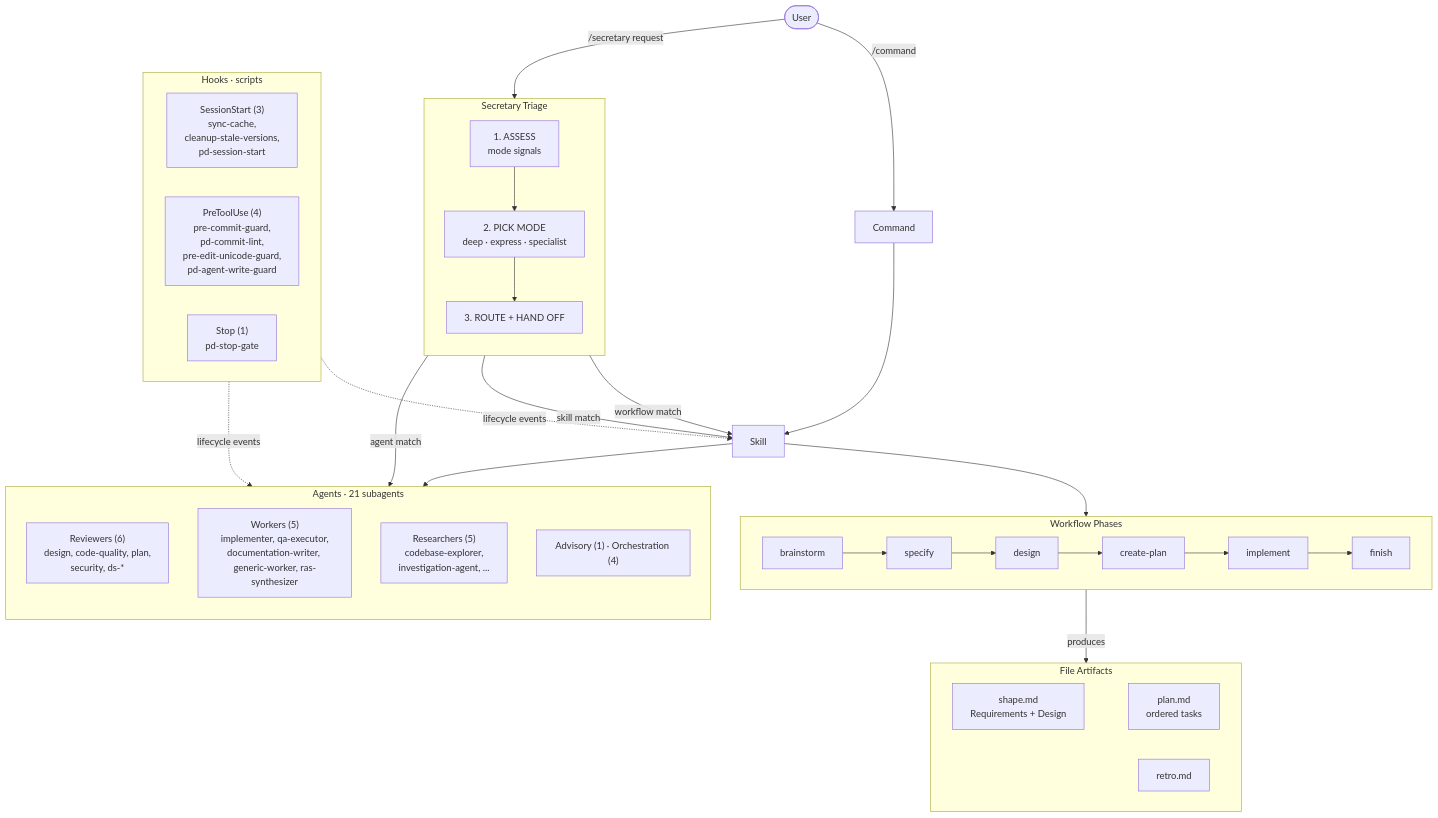
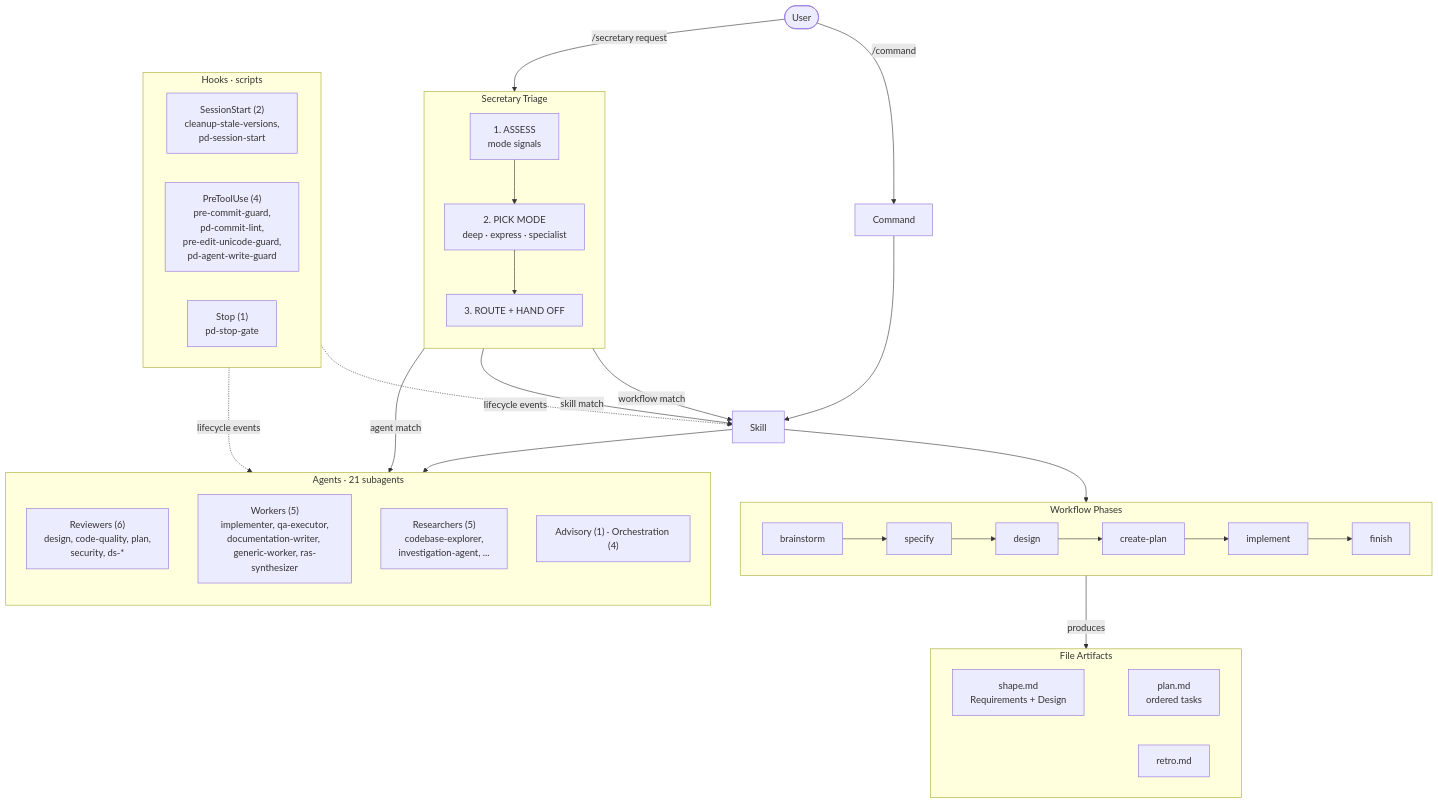
Before and after one commit to clthuang/pedantic-drip: the diagram in README_FOR_DEV.md, drawn with Mermaid. The commit also changed other lines of this file and 18 other files, not shown here.

First line of the commit message:
pd: delete sync-cache, so the installed plugin is always the GitHub release

````diff
--- a/README_FOR_DEV.md
+++ b/README_FOR_DEV.md
@@ -124,51 +124,51 @@
 ```mermaid
 flowchart TD
     U([User]) -->|"/command"| CMD[Command]
     U -->|"/secretary request"| SEC
 
     subgraph SEC["Secretary Triage"]
         direction TB
         S1["1. ASSESS<br/>mode signals"] --> S2["2. PICK MODE<br/>deep · express · specialist"]
         S2 --> S7["3. ROUTE + HAND OFF"]
     end
 
     CMD --> SK[Skill]
     S7 -->|"workflow match"| SK
     S7 -->|"agent match"| AG
     S7 -->|"skill match"| SK
 
     subgraph WORKFLOW["Workflow Phases"]
         direction LR
         WF1[brainstorm] --> WF2[specify] --> WF3[design]
         WF3 --> WF4[create-plan] --> WF5[implement]
         WF5 --> WF6[finish]
     end
 
     SK --> WORKFLOW
     SK --> AG
 
     subgraph AG["Agents · 21 subagents"]
         direction TB
         A1["Reviewers (6)<br/>design, code-quality, plan,<br/>security, ds-*"]
         A2["Workers (5)<br/>implementer, qa-executor,<br/>documentation-writer, generic-worker, ras-synthesizer"]
         A3["Researchers (5)<br/>codebase-explorer,<br/>investigation-agent, ..."]
         A4["Advisory (1) · Orchestration (4)"]
     end
 
     WORKFLOW -->|"produces"| ART
 
     subgraph ART["File Artifacts"]
         F1["shape.md<br/>Requirements + Design"] ~~~ F2["plan.md<br/>ordered tasks"]
         F3[retro.md]
     end
 
     subgraph HOOKS["Hooks · scripts"]
-        H1["SessionStart (3)<br/>sync-cache,<br/>cleanup-stale-versions,<br/>pd-session-start"]
+        H1["SessionStart (2)<br/>cleanup-stale-versions,<br/>pd-session-start"]
         H2["PreToolUse (4)<br/>pre-commit-guard,<br/>pd-commit-lint,<br/>pre-edit-unicode-guard,<br/>pd-agent-write-guard"]
         H3["Stop (1)<br/>pd-stop-gate"]
     end
 
     HOOKS -.->|"lifecycle events"| SK
     HOOKS -.->|"lifecycle events"| AG
 
 ```
````
